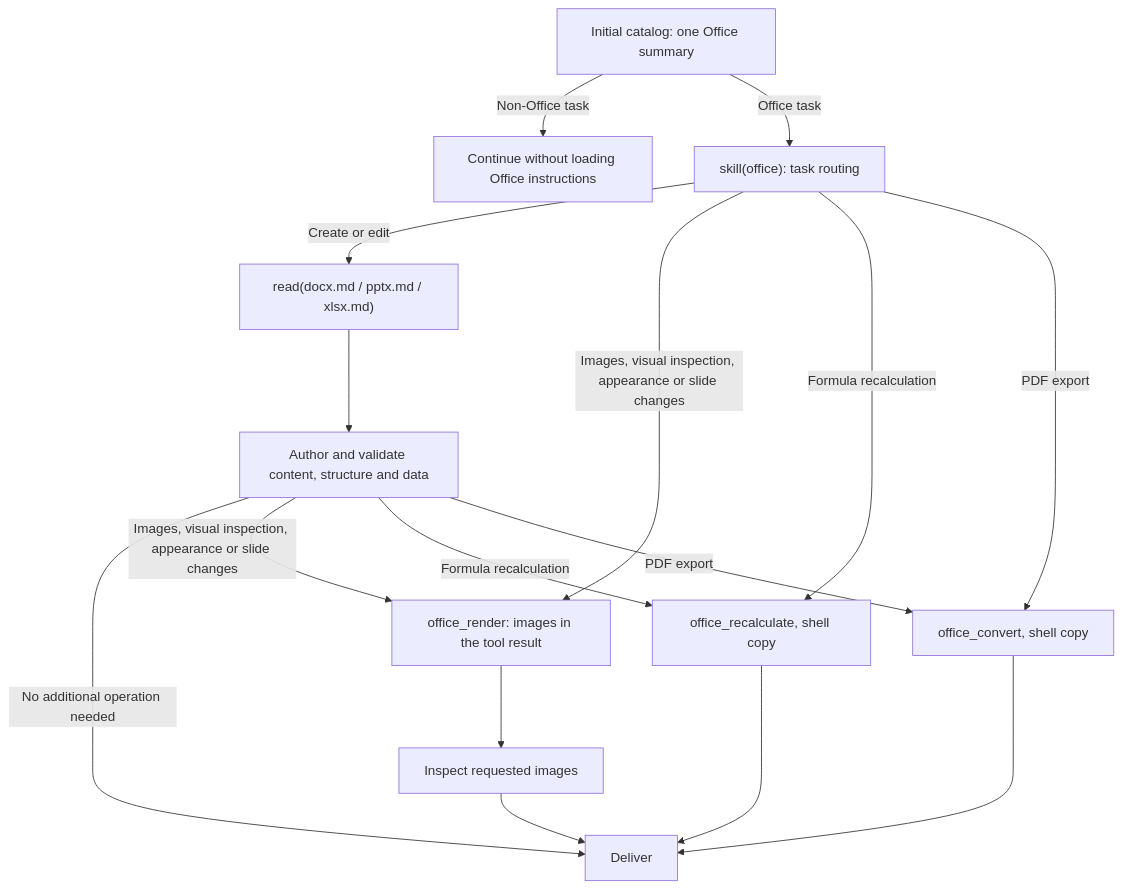
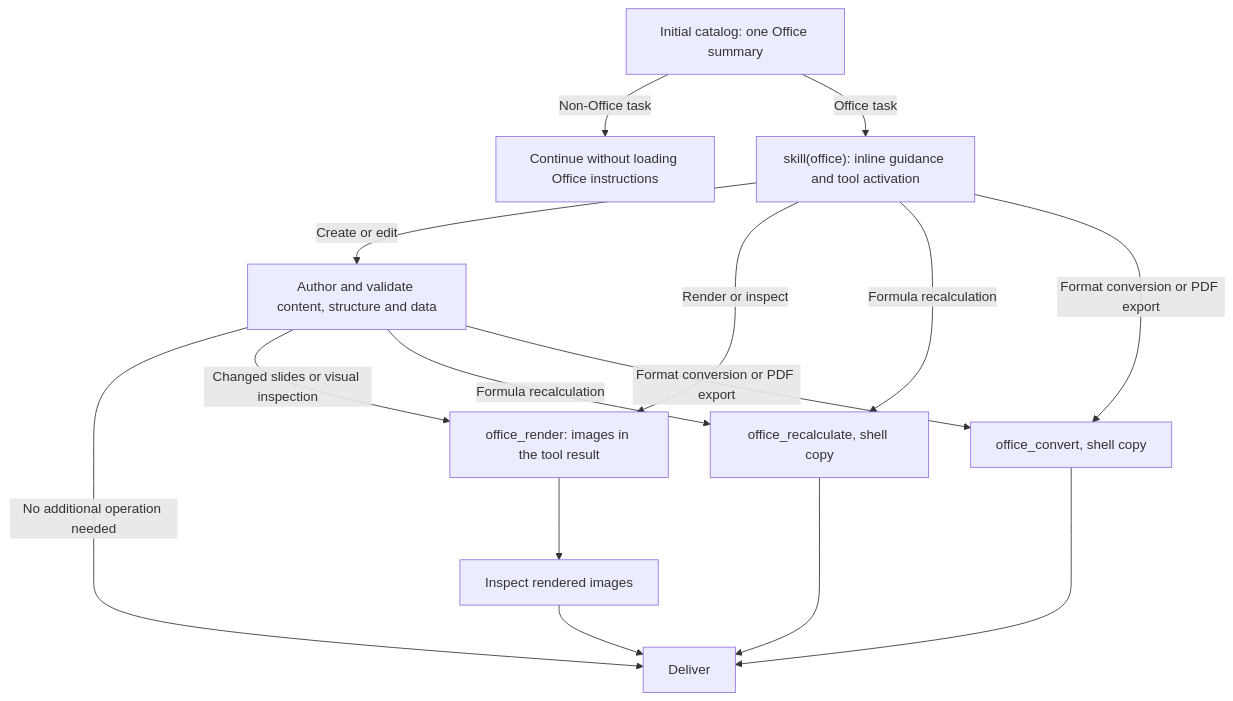
The diagram in packages/skill/skill-office/README.md (deepseek-ai/deepseek-harness), drawn with Mermaid before and after one commit. The commit also changed other lines of this file and 39 other files, not shown here.

````diff
--- a/packages/skill/skill-office/README.md
+++ b/packages/skill/skill-office/README.md
@@ -50,23 +50,22 @@
 ```mermaid
 flowchart TD
     A["Initial catalog: one Office summary"]
     A -->|Non-Office task| N["Continue without loading Office instructions"]
-    A -->|Office task| B["skill(office): task routing"]
+    A -->|Office task| B["skill(office): inline guidance and tool activation"]
 
-    B -->|Create or edit| C["read(docx.md / pptx.md / xlsx.md)"]
-    C --> D["Author and validate content, structure and data"]
+    B -->|Create or edit| D["Author and validate content, structure and data"]
     D -->|No additional operation needed| F["Deliver"]
 
-    B -->|Images, visual inspection, appearance or slide changes| R["office_render: images in the tool result"]
-    D -->|Images, visual inspection, appearance or slide changes| R
-    R --> V["Inspect requested images"]
+    B -->|Render or inspect| R["office_render: images in the tool result"]
+    D -->|Changed slides or visual inspection| R
+    R --> V["Inspect rendered images"]
     V --> F
 
     B -->|Formula recalculation| X["office_recalculate, shell copy"]
     D -->|Formula recalculation| X
     X --> F
 
-    B -->|PDF export| P["office_convert, shell copy"]
-    D -->|PDF export| P
+    B -->|Format conversion or PDF export| P["office_convert, shell copy"]
+    D -->|Format conversion or PDF export| P
     P --> F
 ```
````
